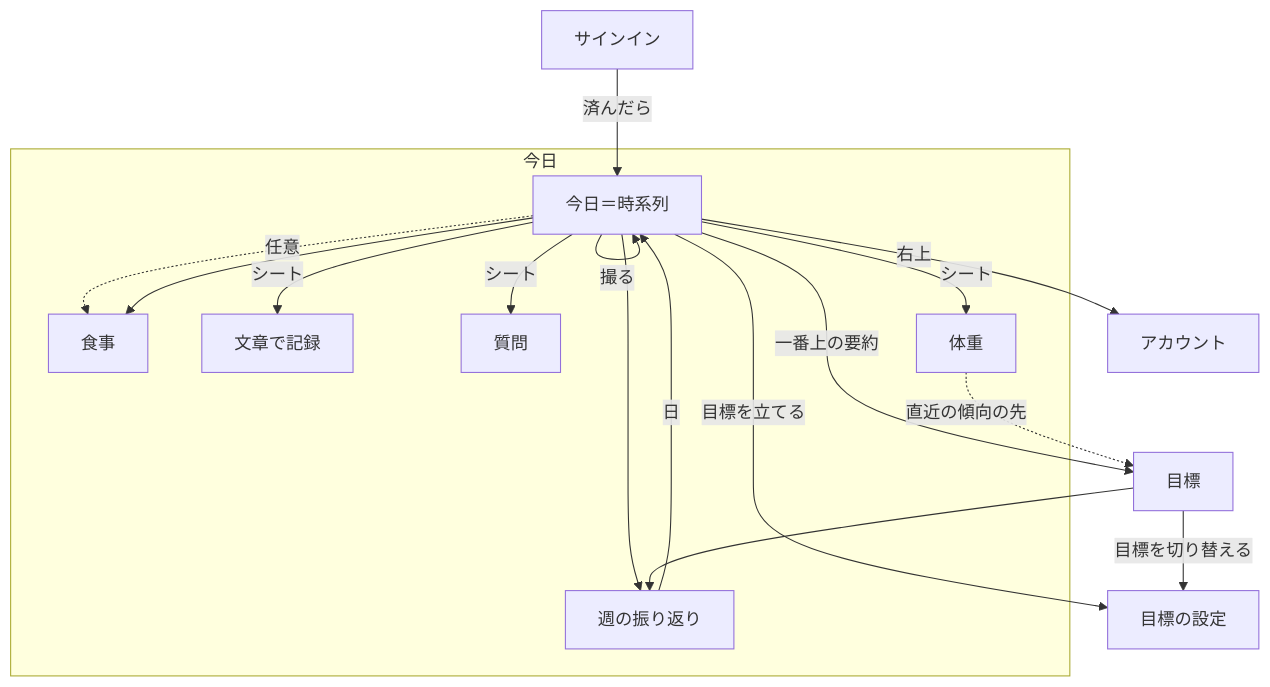
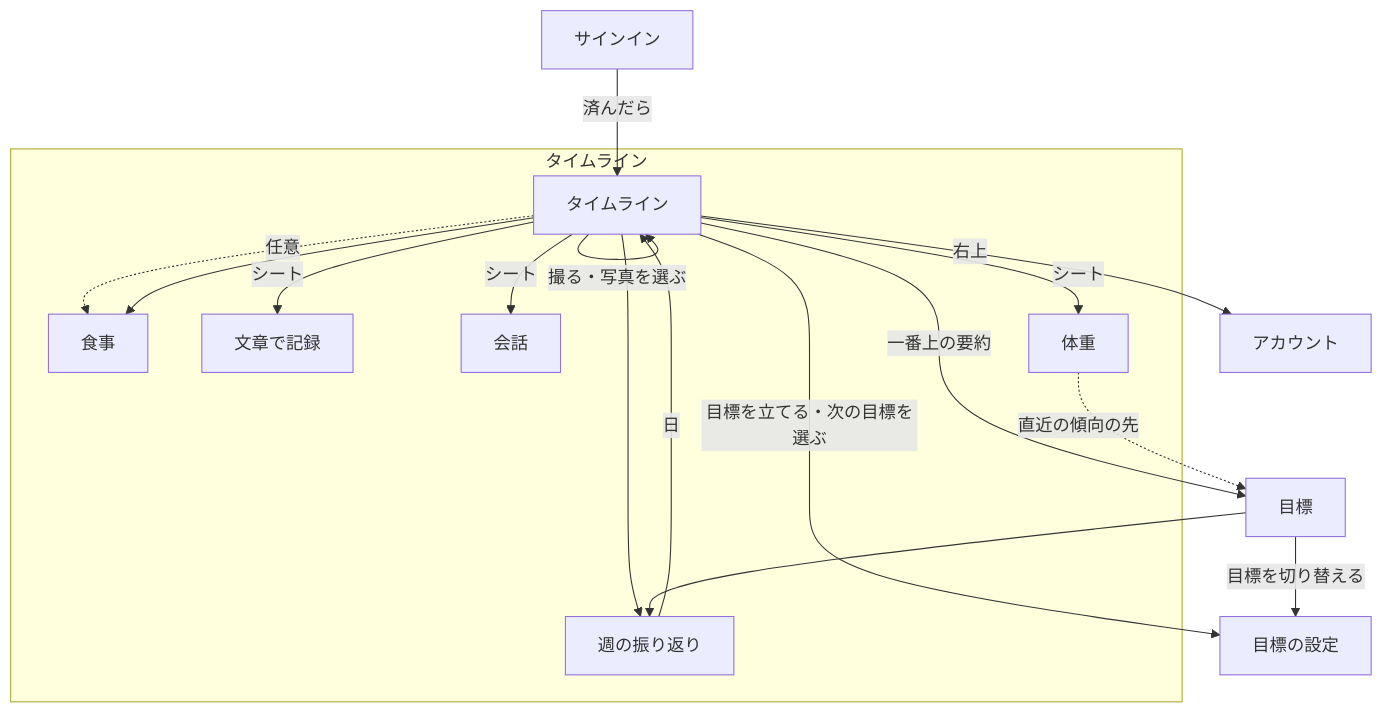
One commit to gn-t-k/nu-tori changed the second of 2 diagrams in docs/ui-design/0001-first-release/05-navigation.md. Above: the diagram before and after it, drawn with Mermaid. The commit also changed other lines of this file and 16 other files, not shown here.

````diff
--- a/docs/ui-design/0001-first-release/05-navigation.md
+++ b/docs/ui-design/0001-first-release/05-navigation.md
@@ -72,21 +72,21 @@
 ```mermaid
 flowchart TD
   Signin[サインイン] -->|済んだら| Today
-  subgraph Root[今日]
-    Today[今日＝時系列]
-    Today -->|撮る| Today
+  subgraph Root[タイムライン]
+    Today[タイムライン]
+    Today -->|撮る・写真を選ぶ| Today
     Today -.->|任意| Meal[食事]
     Today --> Meal
     Today -->|シート| TextMeal[文章で記録]
     Today -->|シート| Weight[体重]
-    Today -->|シート| Question[質問]
+    Today -->|シート| Conversation[会話]
     Today --> Weekly[週の振り返り]
     Weekly -->|日| Today
   end
   Today -->|一番上の要約| Goal[目標]
   Goal --> Weekly
-  Today -->|目標を立てる| GoalSetup[目標の設定]
+  Today -->|目標を立てる・次の目標を選ぶ| GoalSetup[目標の設定]
   Goal -->|目標を切り替える| GoalSetup
   Weight -.->|直近の傾向の先| Goal
   Today -->|右上| Account[アカウント]
 ```
````
